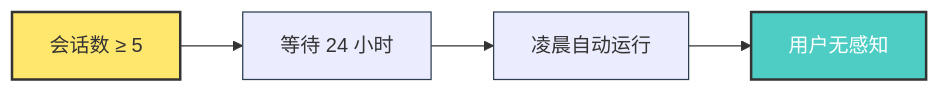
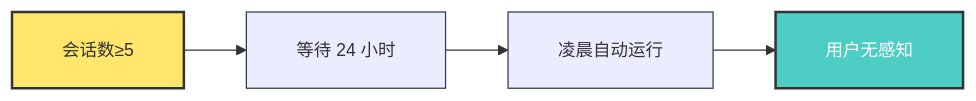
One commit to yufengyuanx/blog changed the seventh of 11 diagrams in docs/research/claude-code-auto-dream.md. Above: the diagram before and after it, drawn with Mermaid. The commit also changed other lines of this file, not shown here.

Commit message:
fix: 优化所有 Mermaid 图表文字显示（减小字体 + 简化文字 + 自动换行）

````diff
--- a/docs/research/claude-code-auto-dream.md
+++ b/docs/research/claude-code-auto-dream.md
@@ -465,10 +465,10 @@
 ```mermaid
-%%{init: {'theme': 'default', 'themeVariables': { 'fontSize': '16px', 'nodeBorder': '#2c3e50', 'clusterBkg': '#f8f9fa' }}}%%
+%%{init: {'theme': 'default', 'themeVariables': { 'fontSize': '14px', 'nodeBorder': '#2c3e50', 'clusterBkg': '#f8f9fa', 'nodeTextMargin': 4 }, 'flowchart': { 'curve': 'basis', 'padding': 20 }}}%%
 graph LR
-    A[会话数 ≥ 5] --> B[等待 24 小时]
+    A[会话数≥5] --> B[等待 24 小时]
     B --> C[凌晨自动运行]
     C --> D[用户无感知]
     
     style A fill:#ffe66d,stroke:#333,stroke-width:2px
     style D fill:#4ecdc4,color:#fff,stroke:#333,stroke-width:2px
 ```
````
